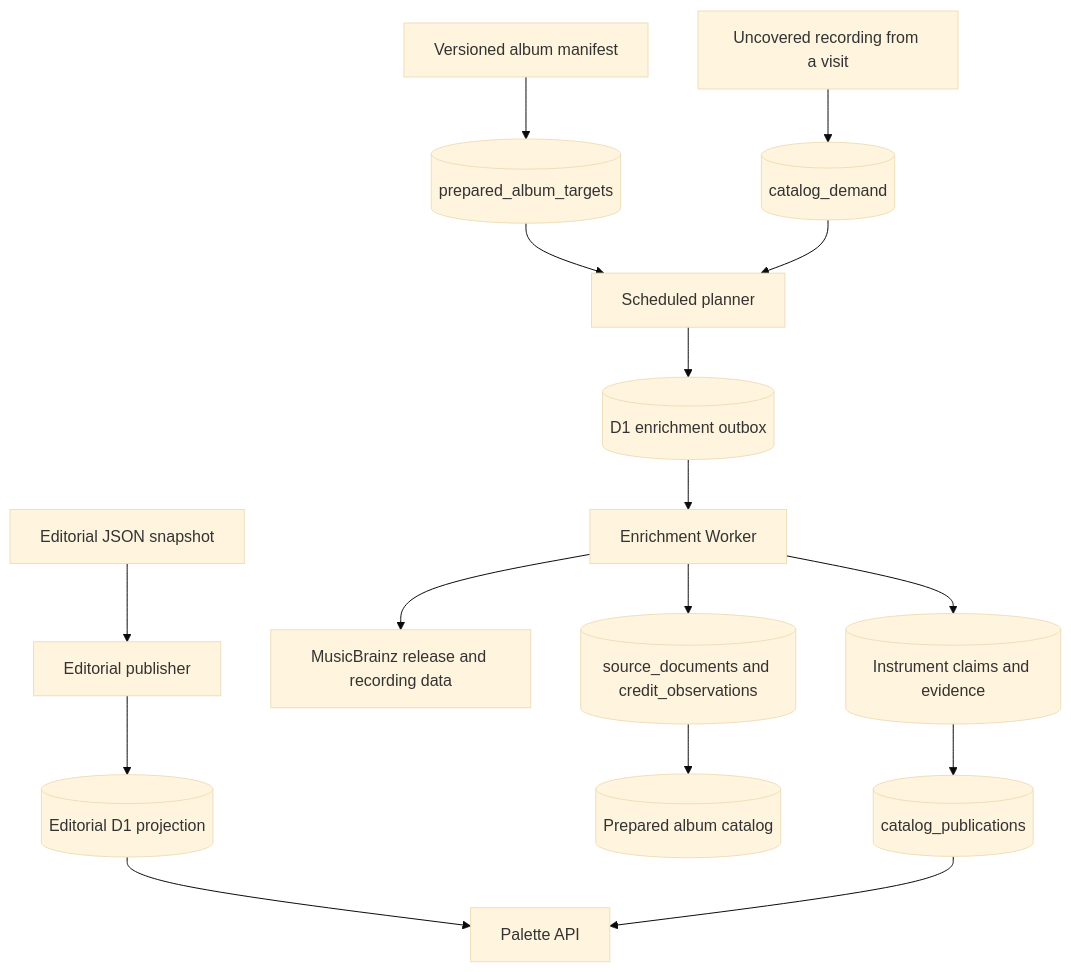
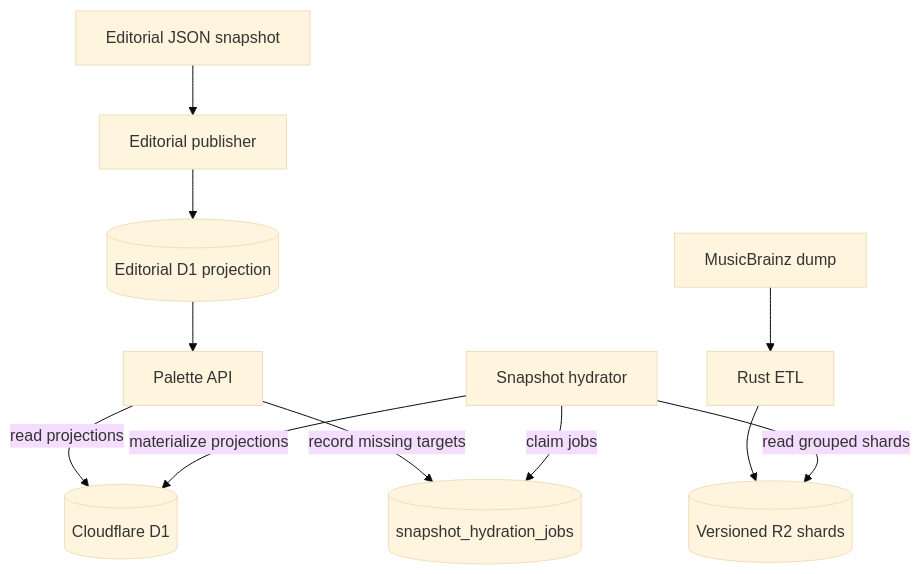
One commit to rosa-gus/timbre-palette changed the diagram in docs/catalog-architecture.md. Above: the diagram before and after it, drawn with Mermaid (base theme). The commit also changed other lines of this file and 147 other files, not shown here.

````diff
--- a/docs/catalog-architecture.md
+++ b/docs/catalog-architecture.md
@@ -5,18 +5,13 @@
 ```mermaid
 flowchart TD
     E[Editorial JSON snapshot] --> EP[Editorial publisher]
-    EP --> ER[(Editorial D1 projection)]
-    ER --> API[Palette API]
-    M[Versioned album manifest] --> T[(prepared_album_targets)]
-    V[Uncovered recording from a visit] --> D[(catalog_demand)]
-    T --> P[Scheduled planner]
-    D --> P
-    P --> O[(D1 enrichment outbox)]
-    O --> W[Enrichment Worker]
-    W --> MB[MusicBrainz release and recording data]
-    W --> S[(source_documents and credit_observations)]
-    S --> C[(Prepared album catalog)]
-    W --> U[(Instrument claims and evidence)]
-    U --> R[(catalog_publications)]
-    R --> API
+    EP --> ED[(Editorial D1 projection)]
+    MB[MusicBrainz dump] --> ETL[Rust ETL]
+    ETL --> R2[(Versioned R2 shards)]
+    API[Palette API] -->|read projections| D1[(Cloudflare D1)]
+    API -->|record missing targets| J[(snapshot_hydration_jobs)]
+    H[Snapshot hydrator] -->|claim jobs| J
+    H -->|read grouped shards| R2
+    H -->|materialize projections| D1
+    ED --> API
 ```
````
